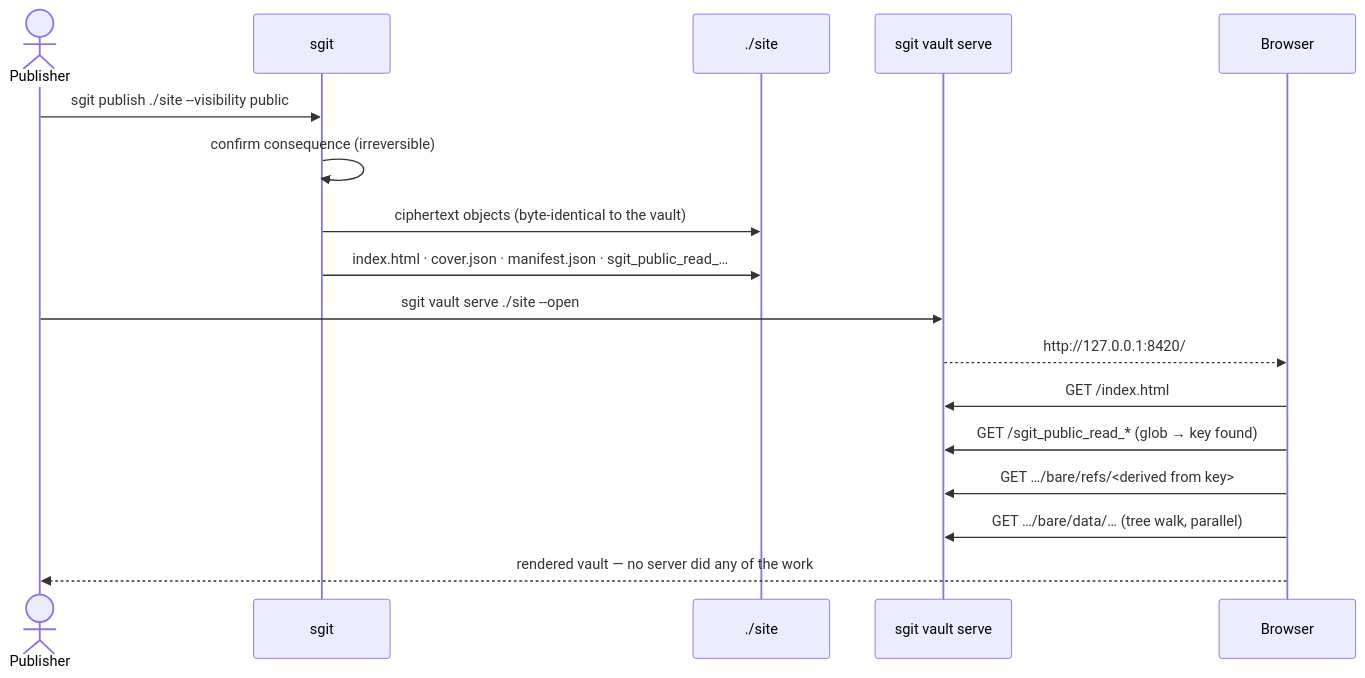
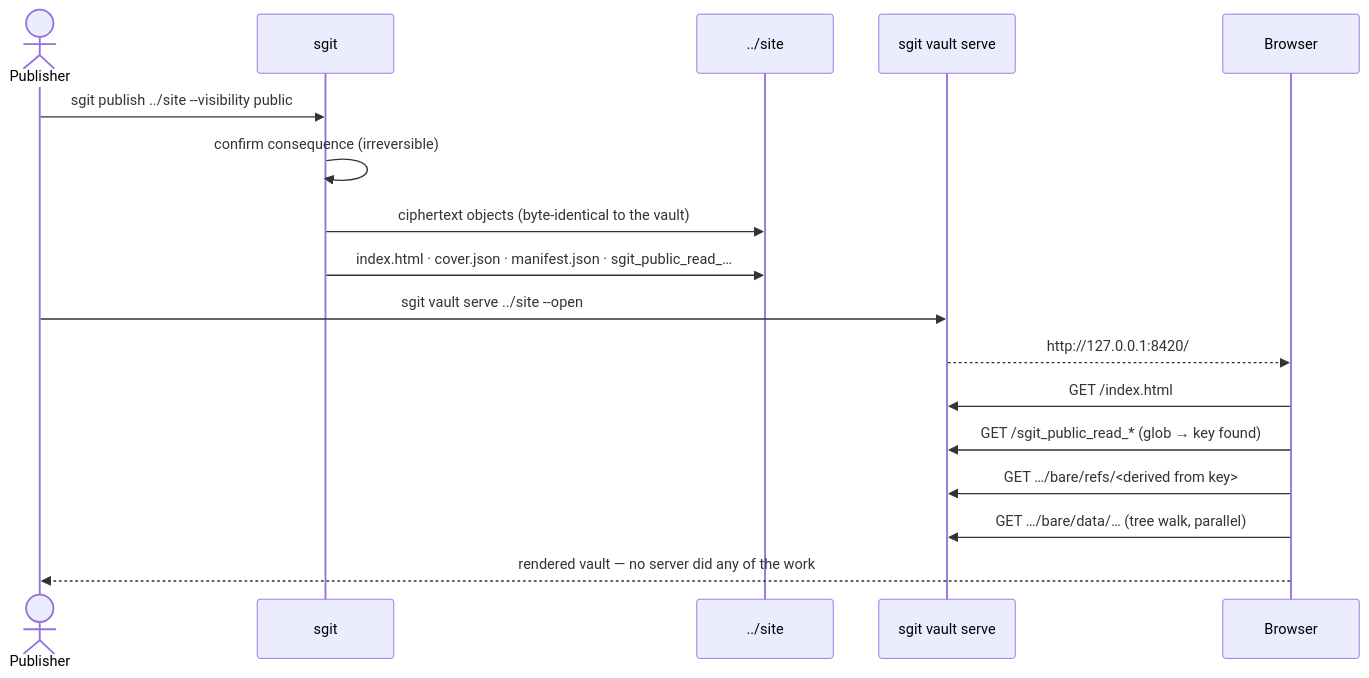
Before and after one commit to SGit-AI/SGit-AI__Website__NHI: the first of 5 diagrams in packs/static-publishing/src/03__flows.md, drawn with Mermaid. The commit also changed 83 other files, not shown here.

````diff
--- a/packs/static-publishing/src/03__flows.md
+++ b/packs/static-publishing/src/03__flows.md
@@ -5,20 +5,20 @@
 ```mermaid
 sequenceDiagram
   actor Pub as Publisher
   participant CLI as sgit
-  participant FS as ./site
+  participant FS as ../site
   participant Srv as sgit vault serve
   participant B as Browser
 
-  Pub->>CLI: sgit publish ./site --visibility public
+  Pub->>CLI: sgit publish ../site --visibility public
   CLI->>CLI: confirm consequence (irreversible)
   CLI->>FS: ciphertext objects (byte-identical to the vault)
   CLI->>FS: index.html · cover.json · manifest.json · sgit_public_read_…
-  Pub->>Srv: sgit vault serve ./site --open
+  Pub->>Srv: sgit vault serve ../site --open
   Srv-->>B: http://127.0.0.1:8420/
   B->>Srv: GET /index.html
   B->>Srv: GET /sgit_public_read_*        (glob → key found)
   B->>Srv: GET …/bare/refs/<derived from key>
   B->>Srv: GET …/bare/data/…              (tree walk, parallel)
   B-->>Pub: rendered vault — no server did any of the work
 ```
````
